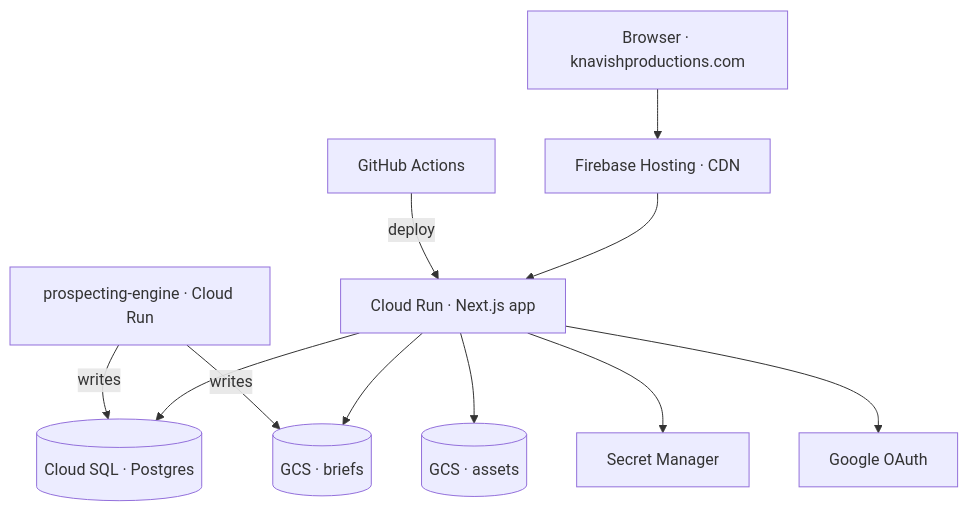
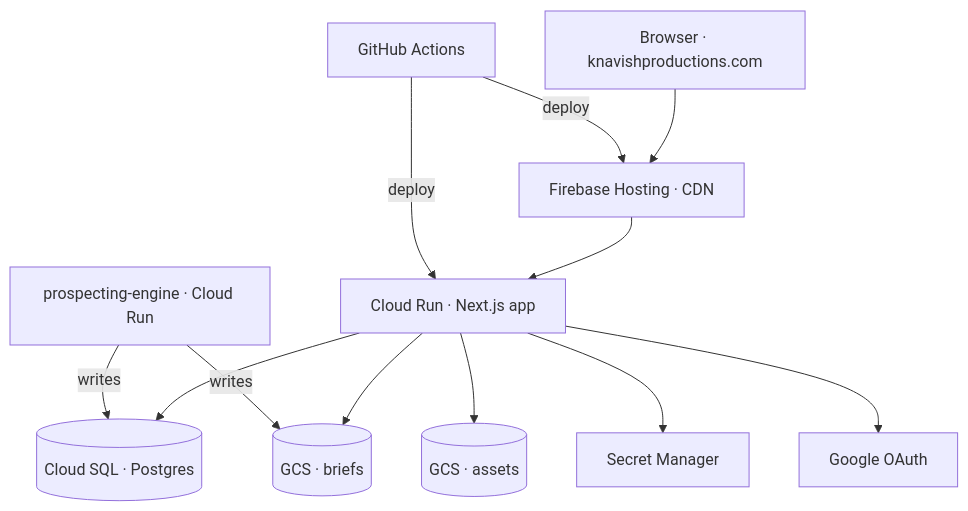
The diagram in README.md (knavishmantis/knavishproductions-app-public), drawn with Mermaid before and after one commit.

Commit message:
Diagram: GHA also deploys to Firebase Hosting

````diff
--- a/README.md
+++ b/README.md
@@ -9,18 +9,19 @@
 ```mermaid
 flowchart TB
   User[Browser · knavishproductions.com]
   Auth[Google OAuth]
   GHA[GitHub Actions]
   PE[prospecting-engine · Cloud Run]
 
   User --> FB[Firebase Hosting · CDN]
   FB --> CR[Cloud Run · Next.js app]
   CR --> SQL[(Cloud SQL · Postgres)]
   CR --> Assets[(GCS · assets)]
   CR --> Briefs[(GCS · briefs)]
   CR --> SM[Secret Manager]
   CR --> Auth
   GHA -->|deploy| CR
+  GHA -->|deploy| FB
   PE -->|writes| SQL
   PE -->|writes| Briefs
 ```
````
